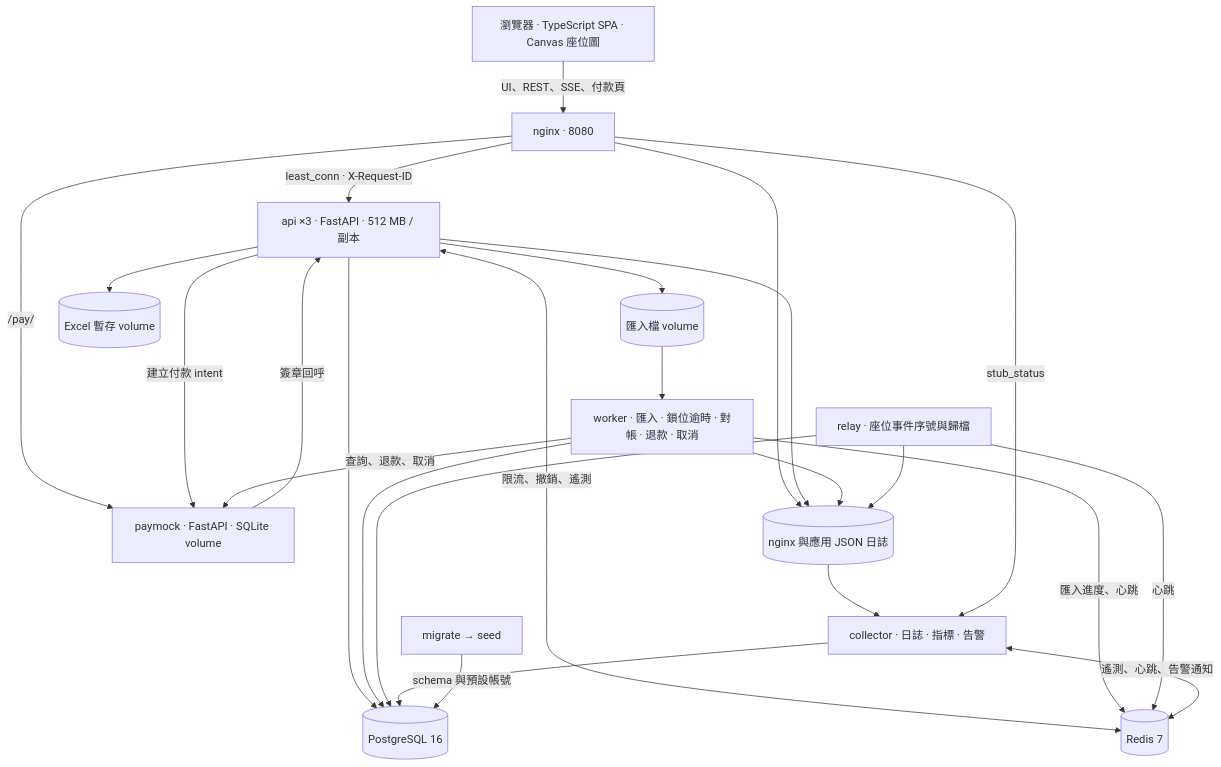
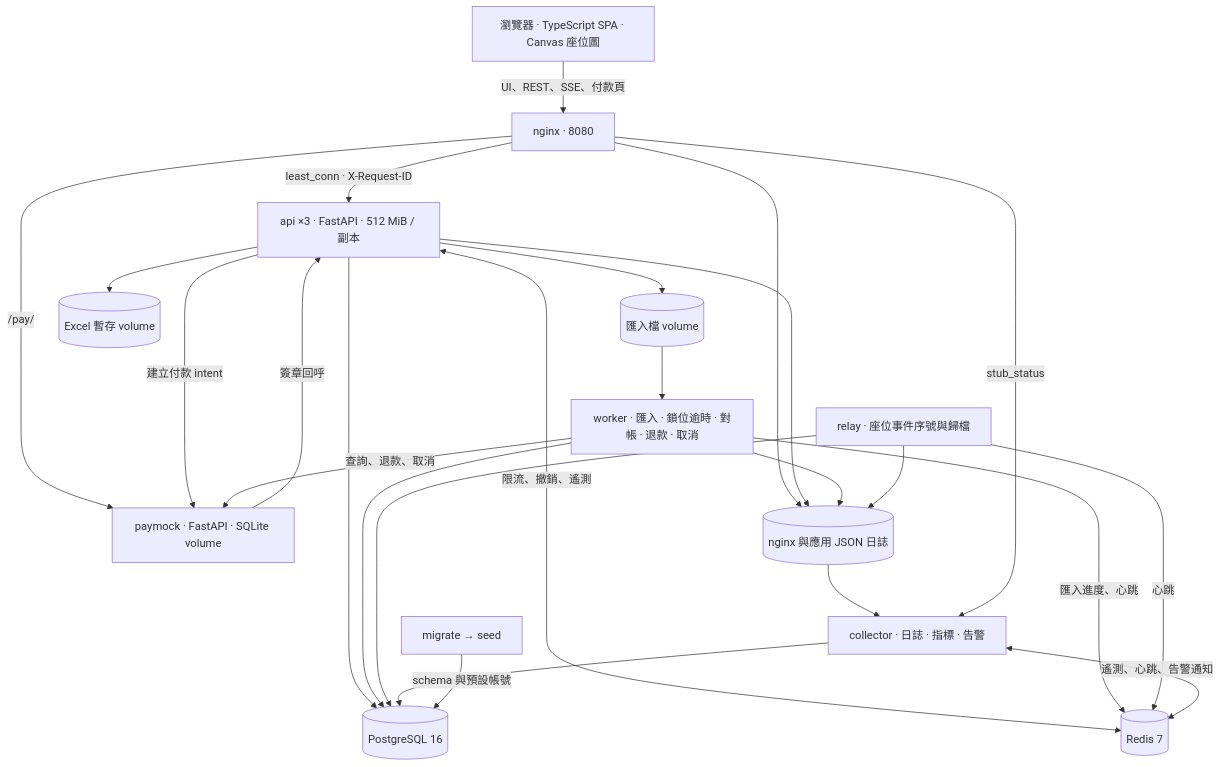
Before and after one commit to kaiser0421/wy-project: the first of 5 diagrams in docs/architecture.md, drawn with Mermaid. The commit also changed other lines of this file and 3 other files, not shown here.

Commit message:
docs: align design and architecture with source (DOCS-3)

````diff
--- a/docs/architecture.md
+++ b/docs/architecture.md
@@ -9,41 +9,41 @@
 ```mermaid
 flowchart TB
   Browser["瀏覽器 · TypeScript SPA · Canvas 座位圖"]
   Edge["nginx · 8080"]
-  API["api ×3 · FastAPI · 512 MB / 副本"]
+  API["api ×3 · FastAPI · 512 MiB / 副本"]
   Pay["paymock · FastAPI · SQLite volume"]
   Worker["worker · 匯入 · 鎖位逾時 · 對帳 · 退款 · 取消"]
   Relay["relay · 座位事件序號與歸檔"]
   Collector["collector · 日誌 · 指標 · 告警"]
   DB[("PostgreSQL 16")]
   Redis[("Redis 7")]
   Logs[("nginx 與應用 JSON 日誌")]
   Imports[("匯入檔 volume")]
   Exports[("Excel 暫存 volume")]
   Init["migrate → seed"]
 
   Browser -->|"UI、REST、SSE、付款頁"| Edge
   Edge -->|"least_conn · X-Request-ID"| API
   Edge -->|"/pay/"| Pay
   API -->|"建立付款 intent"| Pay
   Pay -->|"簽章回呼"| API
   Worker -->|"查詢、退款、取消"| Pay
   API --> DB
   Worker --> DB
   Relay --> DB
   Collector --> DB
   Init -->|"schema 與預設帳號"| DB
   API <-->|"限流、撤銷、遙測"| Redis
   Worker -->|"匯入進度、心跳"| Redis
   Relay -->|"心跳"| Redis
   Collector <-->|"遙測、心跳、告警通知"| Redis
   API --> Imports
   Imports --> Worker
   API --> Exports
   Edge --> Logs
   API --> Logs
   Worker --> Logs
   Relay --> Logs
   Logs --> Collector
   Edge -->|"stub_status"| Collector
 ```
````
